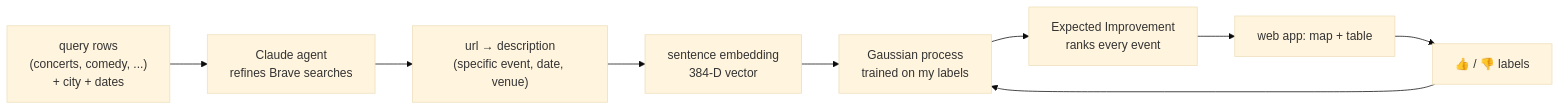
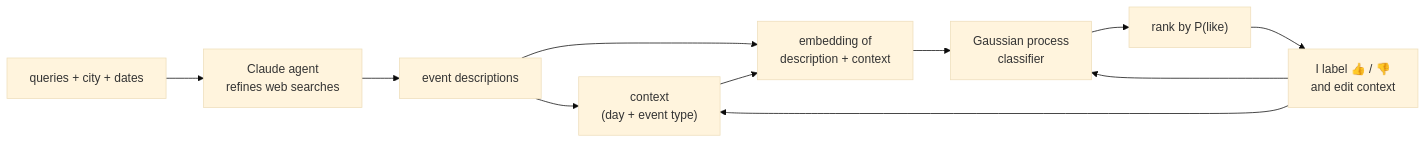
One commit to ZacharyCosenza/project-recommendation changed the diagram in README.md. Above: the diagram before and after it, drawn with Mermaid (base theme). The commit also changed other lines of this file and 25 other files, not shown here.

Commit message:
GP classifier, LLM-extracted event context

````diff
--- a/README.md
+++ b/README.md
@@ -17,11 +5,13 @@
 ```mermaid
 flowchart LR
-    Q["query rows<br/>(concerts, comedy, ...)<br/>+ city + dates"] --> A["Claude agent<br/>refines Brave searches"]
-    A --> D["url → description<br/>(specific event, date, venue)"]
-    D --> E["sentence embedding<br/>384-D vector"]
-    E --> GP["Gaussian process<br/>trained on my labels"]
-    L["👍 / 👎 labels"] --> GP
-    GP --> EI["Expected Improvement<br/>ranks every event"]
-    EI --> UI["web app: map + table"]
-    UI --> L
+    S["queries + city + dates"] --> A["Claude agent<br/>refines web searches"]
+    A --> D["event descriptions"]
+    D --> C["context<br/>(day + event type)"]
+    D --> E["embedding of<br/>description + context"]
+    C --> E
+    E --> GP["Gaussian process<br/>classifier"]
+    GP --> R["rank by P(like)"]
+    R --> U["I label 👍 / 👎<br/>and edit context"]
+    U --> GP
+    U --> C
 ```
````
